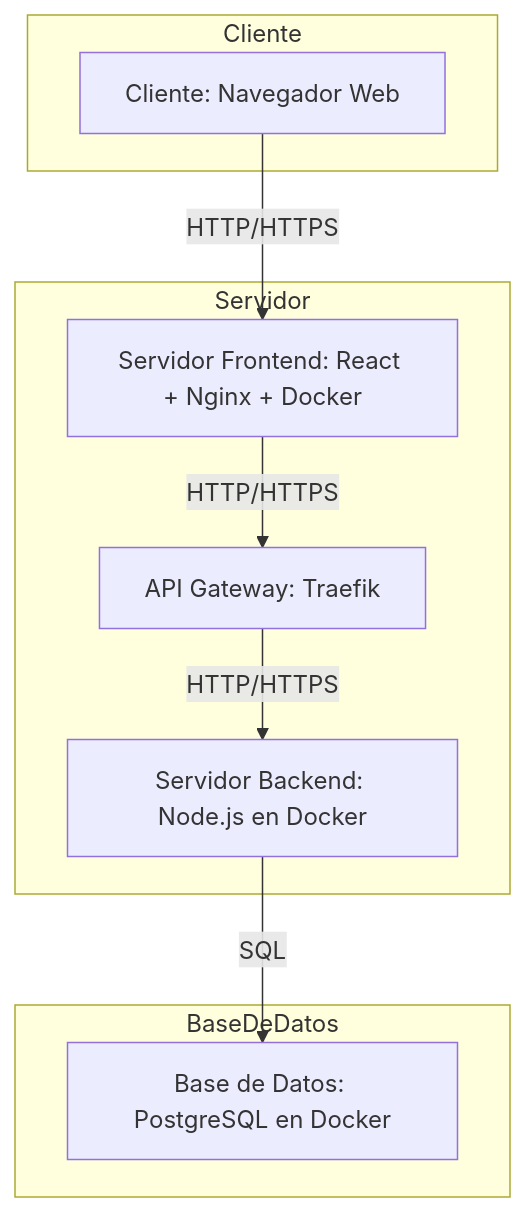
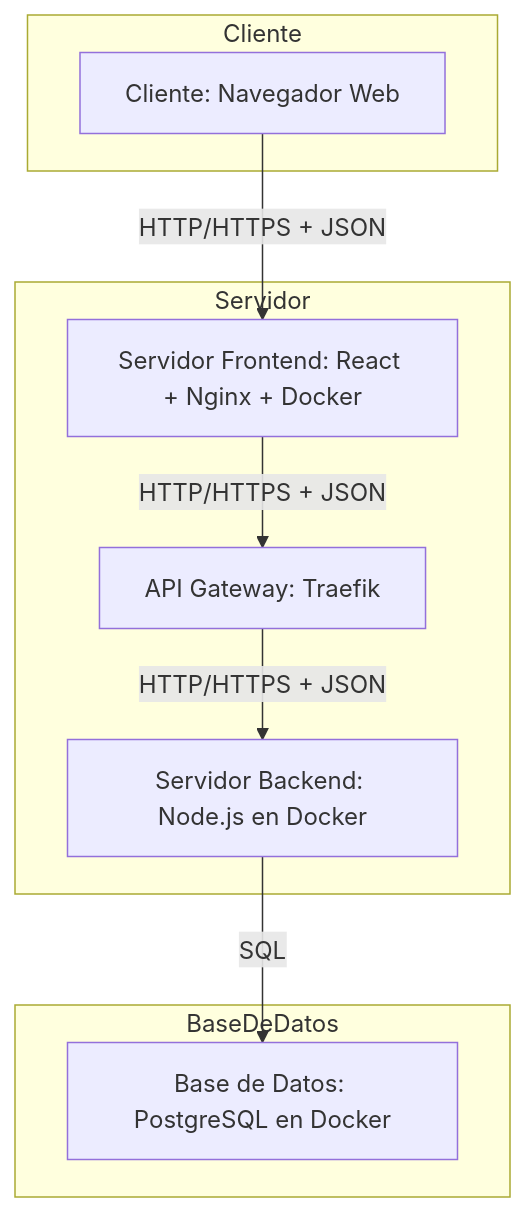
Before and after one commit to josuedanielbust/docucol: the diagram in docs/architecture/C5-DiagramaDespliegue.md, drawn with Mermaid. The commit also changed 1 other file, not shown here.

Commit message:
Ajuste en el dagrama de despliegue

````diff
--- a/docs/architecture/C5-DiagramaDespliegue.md
+++ b/docs/architecture/C5-DiagramaDespliegue.md
@@ -42,21 +42,21 @@
 ```mermaid
 graph TD
     subgraph Cliente
         Browser[Cliente: Navegador Web]
     end
 
     subgraph Servidor
         Frontend[Servidor Frontend: React + Nginx + Docker]
         Backend[Servidor Backend: Node.js en Docker]
         API[API Gateway: Traefik]
     end
 
     subgraph BaseDeDatos
         DB[Base de Datos: PostgreSQL en Docker]
     end
 
-    Browser -->|HTTP/HTTPS| Frontend
-    Frontend -->|HTTP/HTTPS| API
-    API -->|HTTP/HTTPS| Backend
+    Browser -->|HTTP/HTTPS + JSON| Frontend
+    Frontend -->|HTTP/HTTPS + JSON| API
+    API -->|HTTP/HTTPS + JSON| Backend
     Backend -->|SQL| DB
 ```
````
